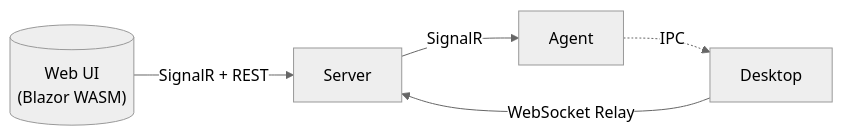
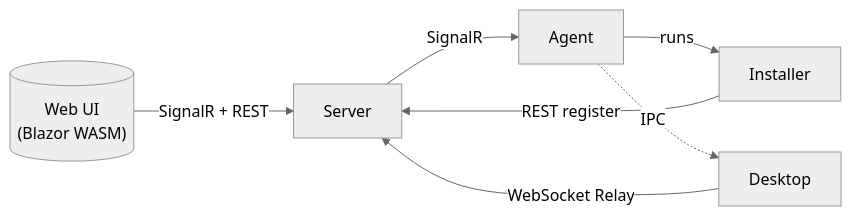
One commit to bitbound/controlr-docs changed the first of 2 diagrams in docs/architecture.md. Above: the diagram before and after it, drawn with Mermaid (neutral theme). The commit also changed other lines of this file and 52 other files, not shown here.

````diff
--- a/docs/architecture.md
+++ b/docs/architecture.md
@@ -10,7 +10,9 @@
 ```mermaid
 graph LR
     WebUI[("Web UI<br/>(Blazor WASM)")] -->|SignalR + REST| Server
     Server -->|SignalR| Agent
+    Agent -->|runs| Installer
+    Installer -->|REST register| Server
     Agent -.->|IPC| Desktop
     Desktop -->|WebSocket Relay| Server
 ```
````
